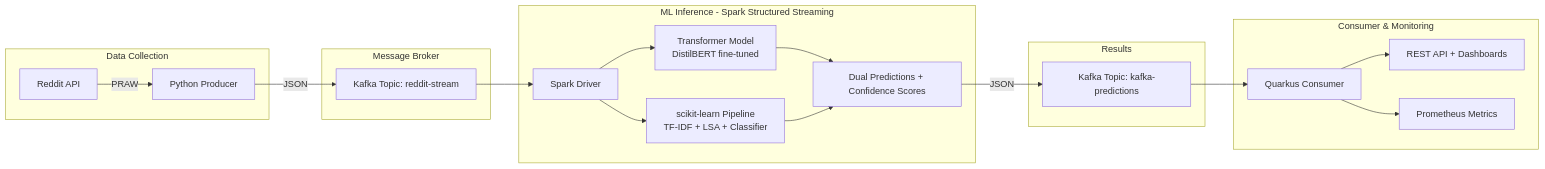
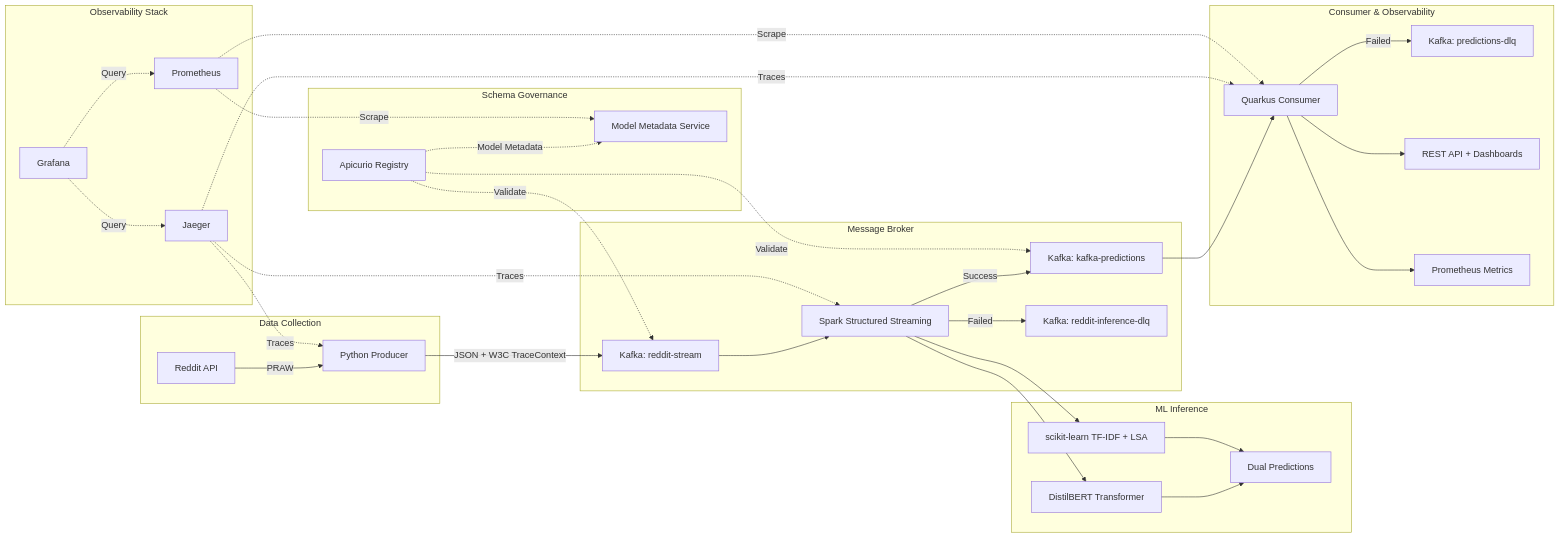
One commit to carlesarnal/reddit-realtime-classification changed the diagram in README.md. Above: the diagram before and after it, drawn with Mermaid. The commit also changed other lines of this file, not shown here.

First line of the commit message:
Update README with observability, failure handling, schema governance, and ADRs

````diff
--- a/README.md
+++ b/README.md
@@ -7,28 +7,43 @@
 ```mermaid
 graph LR
     subgraph Data Collection
         A[Reddit API] -->|PRAW| B[Python Producer]
     end
 
     subgraph Message Broker
-        B -->|JSON| C[Kafka Topic: reddit-stream]
+        B -->|JSON + W3C TraceContext| C[Kafka: reddit-stream]
+        C --> D[Spark Structured Streaming]
+        D -->|Success| E[Kafka: kafka-predictions]
+        D -->|Failed| F[Kafka: reddit-inference-dlq]
     end
 
-    subgraph ML Inference - Spark Structured Streaming
-        C --> D[Spark Driver]
-        D --> E[Transformer Model<br/>DistilBERT fine-tuned]
-        D --> F[scikit-learn Pipeline<br/>TF-IDF + LSA + Classifier]
-        E --> G[Dual Predictions + Confidence Scores]
-        F --> G
+    subgraph ML Inference
+        D --> G[DistilBERT Transformer]
+        D --> H[scikit-learn TF-IDF + LSA]
+        G --> I[Dual Predictions]
+        H --> I
     end
 
-    subgraph Results
-        G -->|JSON| H[Kafka Topic: kafka-predictions]
+    subgraph Consumer & Observability
+        E --> J[Quarkus Consumer]
+        J -->|Failed| K[Kafka: predictions-dlq]
+        J --> L[REST API + Dashboards]
+        J --> M[Prometheus Metrics]
     end
 
-    subgraph Consumer & Monitoring
-        H --> I[Quarkus Consumer]
-        I --> J[REST API + Dashboards]
-        I --> K[Prometheus Metrics]
+    subgraph Schema Governance
+        N[Apicurio Registry] -.->|Validate| C
+        N -.->|Validate| E
+        N -.->|Model Metadata| O[Model Metadata Service]
+    end
+
+    subgraph Observability Stack
+        P[Jaeger] -.->|Traces| B
+        P -.->|Traces| D
+        P -.->|Traces| J
+        Q[Prometheus] -.->|Scrape| J
+        Q -.->|Scrape| O
+        R[Grafana] -.->|Query| Q
+        R -.->|Query| P
     end
 ```
````
